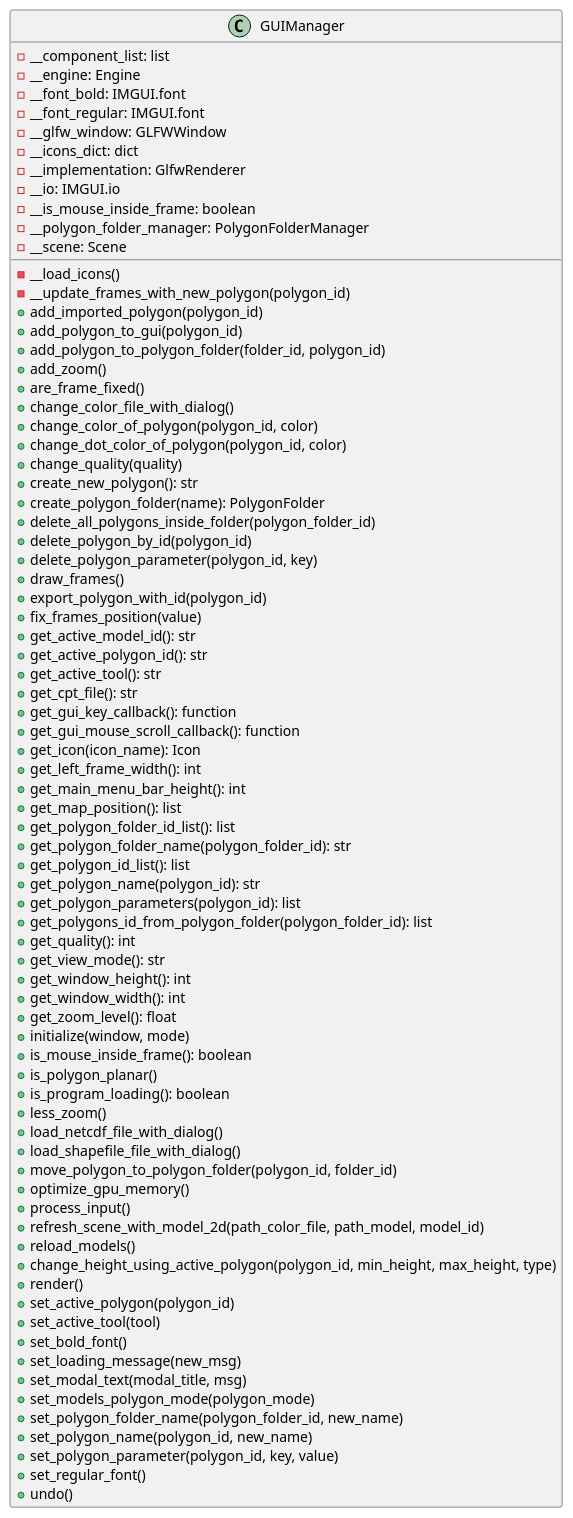
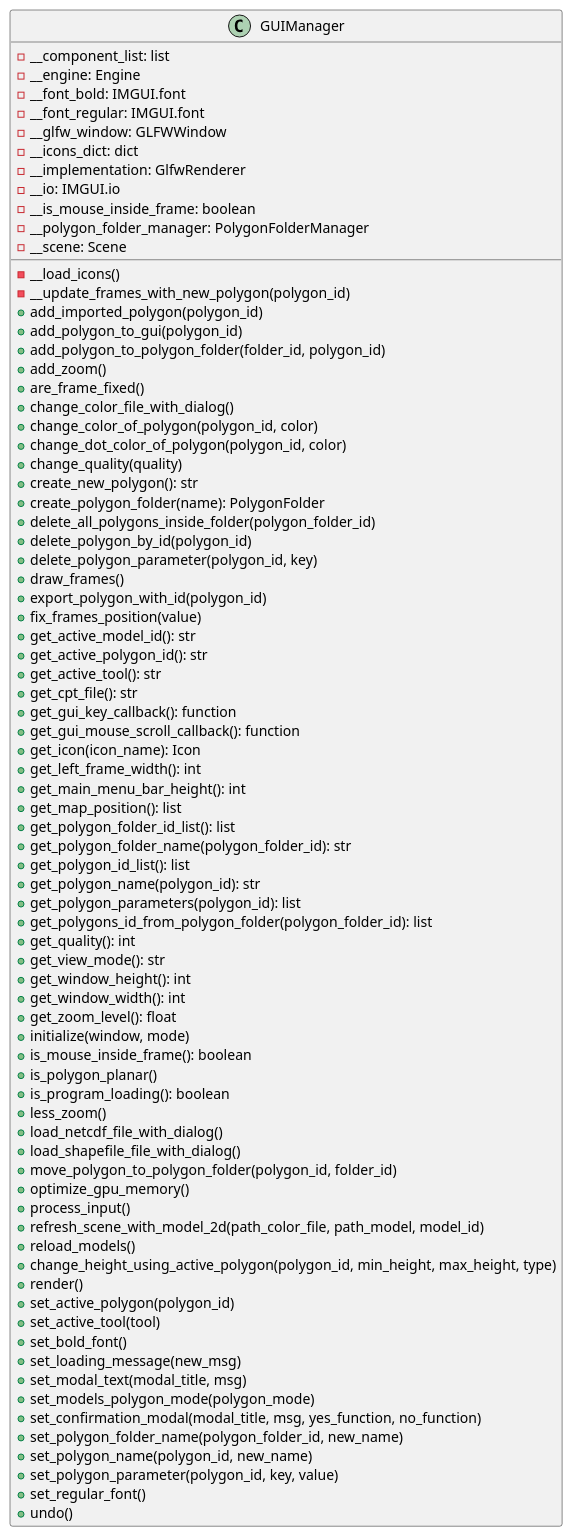
Before and after one commit to ferpoble2/Relief_Creator: the diagram in docs/classes/GUIManager.puml, drawn with PlantUML. The commit also changed 1 other file, not shown here.

Commit message:
Added method set_confirmation_modal to the guimanager

```diff
--- a/docs/classes/GUIManager.puml
+++ b/docs/classes/GUIManager.puml
@@ -1,82 +1,83 @@
 @startuml
 'https://plantuml.com/class-diagram
 class GUIManager{
     - __component_list: list
     - __engine: Engine
     - __font_bold: IMGUI.font
     - __font_regular: IMGUI.font
     - __glfw_window: GLFWWindow
     - __icons_dict: dict
     - __implementation: GlfwRenderer
     - __io: IMGUI.io
     - __is_mouse_inside_frame: boolean
     - __polygon_folder_manager: PolygonFolderManager
     - __scene: Scene
 
     - __load_icons()
     - __update_frames_with_new_polygon(polygon_id)
     + add_imported_polygon(polygon_id)
     + add_polygon_to_gui(polygon_id)
     + add_polygon_to_polygon_folder(folder_id, polygon_id)
     + add_zoom()
     + are_frame_fixed()
     + change_color_file_with_dialog()
     + change_color_of_polygon(polygon_id, color)
     + change_dot_color_of_polygon(polygon_id, color)
     + change_quality(quality)
     + create_new_polygon(): str
     + create_polygon_folder(name): PolygonFolder
     + delete_all_polygons_inside_folder(polygon_folder_id)
     + delete_polygon_by_id(polygon_id)
     + delete_polygon_parameter(polygon_id, key)
     + draw_frames()
     + export_polygon_with_id(polygon_id)
     + fix_frames_position(value)
     + get_active_model_id(): str
     + get_active_polygon_id(): str
     + get_active_tool(): str
     + get_cpt_file(): str
     + get_gui_key_callback(): function
     + get_gui_mouse_scroll_callback(): function
     + get_icon(icon_name): Icon
     + get_left_frame_width(): int
     + get_main_menu_bar_height(): int
     + get_map_position(): list
     + get_polygon_folder_id_list(): list
     + get_polygon_folder_name(polygon_folder_id): str
     + get_polygon_id_list(): list
     + get_polygon_name(polygon_id): str
     + get_polygon_parameters(polygon_id): list
     + get_polygons_id_from_polygon_folder(polygon_folder_id): list
     + get_quality(): int
     + get_view_mode(): str
     + get_window_height(): int
     + get_window_width(): int
     + get_zoom_level(): float
     + initialize(window, mode)
     + is_mouse_inside_frame(): boolean
     + is_polygon_planar()
     + is_program_loading(): boolean
     + less_zoom()
     + load_netcdf_file_with_dialog()
     + load_shapefile_file_with_dialog()
     + move_polygon_to_polygon_folder(polygon_id, folder_id)
     + optimize_gpu_memory()
     + process_input()
     + refresh_scene_with_model_2d(path_color_file, path_model, model_id)
     + reload_models()
     + change_height_using_active_polygon(polygon_id, min_height, max_height, type)
     + render()
     + set_active_polygon(polygon_id)
     + set_active_tool(tool)
     + set_bold_font()
     + set_loading_message(new_msg)
     + set_modal_text(modal_title, msg)
     + set_models_polygon_mode(polygon_mode)
+    + set_confirmation_modal(modal_title, msg, yes_function, no_function)
     + set_polygon_folder_name(polygon_folder_id, new_name)
     + set_polygon_name(polygon_id, new_name)
     + set_polygon_parameter(polygon_id, key, value)
     + set_regular_font()
     + undo()
 }
 @enduml
```
